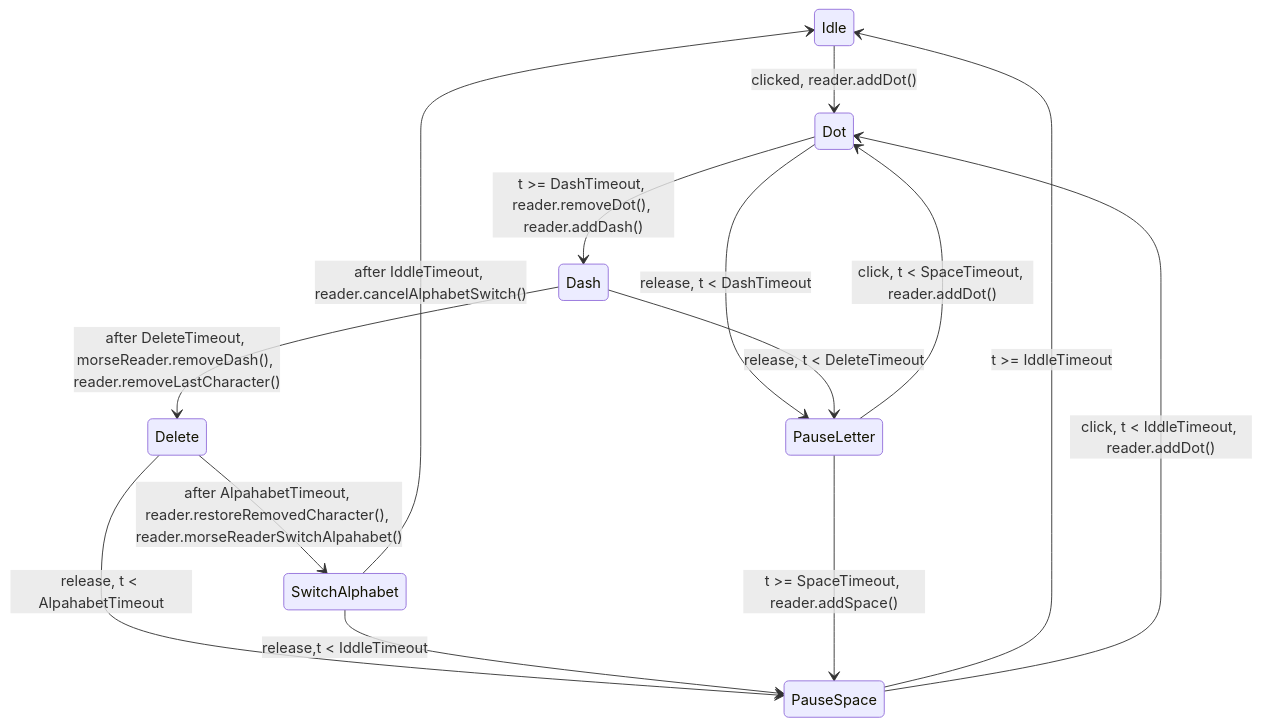
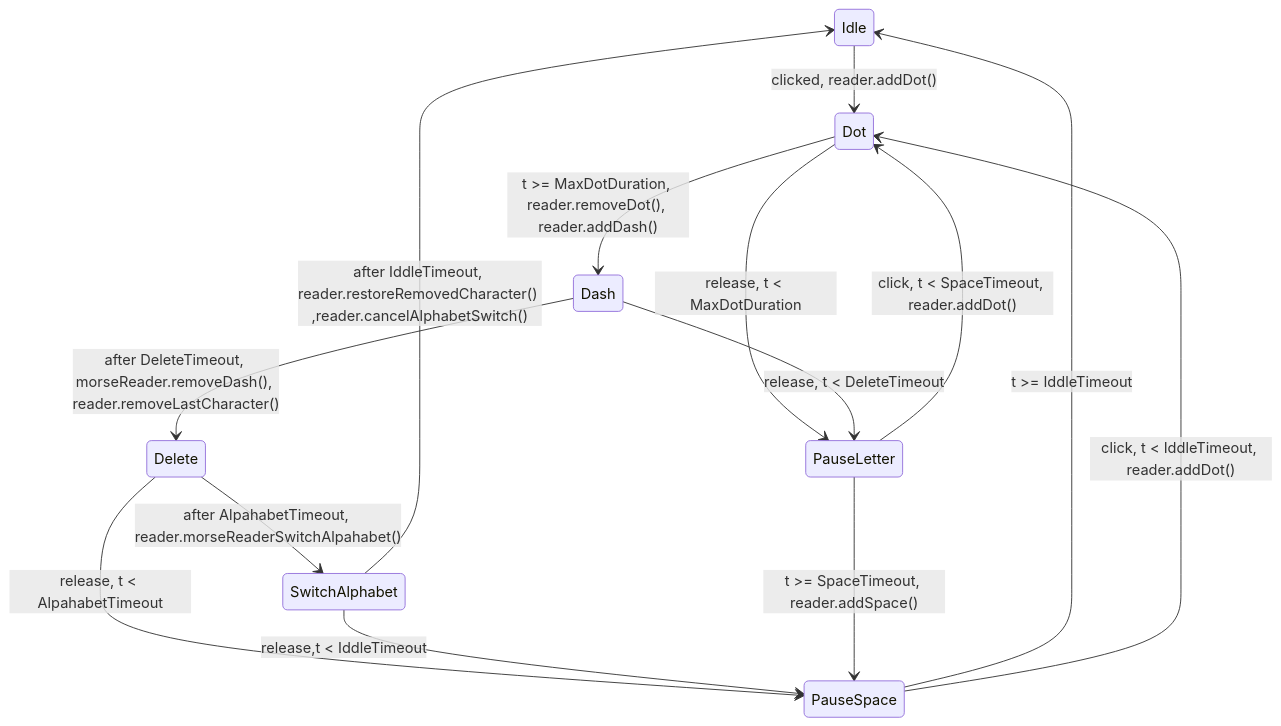
The first of 2 diagrams in readme.md (maxistar/morsetrainer-site), drawn with Mermaid before and after one commit. The commit also changed 2 other files, not shown here.

Commit message:
implemented click timeout logic

````diff
--- a/readme.md
+++ b/readme.md
@@ -20,30 +20,30 @@
 ```mermaid
 
 stateDiagram
     Idle --> Dot: clicked, reader.addDot()
     
-    Dot --> Dash: t >= DashTimeout, reader.removeDot(), reader.addDash()
+    Dot --> Dash: t >= MaxDotDuration, reader.removeDot(), reader.addDash()
 
     Dash --> Delete: after DeleteTimeout, morseReader.removeDash(), reader.removeLastCharacter()
     
-    Delete --> SwitchAlphabet: after AlpahabetTimeout, reader.restoreRemovedCharacter(), reader.morseReaderSwitchAlpahabet()
+    Delete --> SwitchAlphabet: after AlpahabetTimeout, reader.morseReaderSwitchAlpahabet()
     
-    SwitchAlphabet --> Idle: after IddleTimeout, reader.cancelAlphabetSwitch()
+    SwitchAlphabet --> Idle: after IddleTimeout, reader.restoreRemovedCharacter() ,reader.cancelAlphabetSwitch()
     
-    Dot --> PauseLetter: release, t < DashTimeout
+    Dot --> PauseLetter: release, t < MaxDotDuration
     
     Dash --> PauseLetter: release, t < DeleteTimeout
 
     Delete --> PauseSpace: release, t < AlpahabetTimeout
 
     SwitchAlphabet --> PauseSpace: release,t < IddleTimeout
 
     PauseLetter --> Dot: click, t < SpaceTimeout, reader.addDot()
 
     PauseLetter --> PauseSpace: t >= SpaceTimeout, reader.addSpace()
     
     PauseSpace --> Idle: t >= IddleTimeout
     
     PauseSpace --> Dot: click, t < IddleTimeout, reader.addDot()
 
 ```
````
